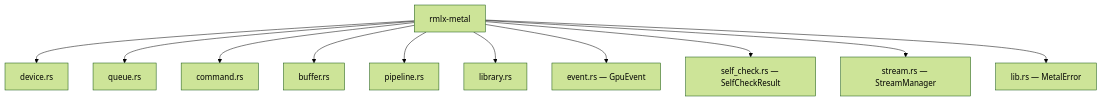
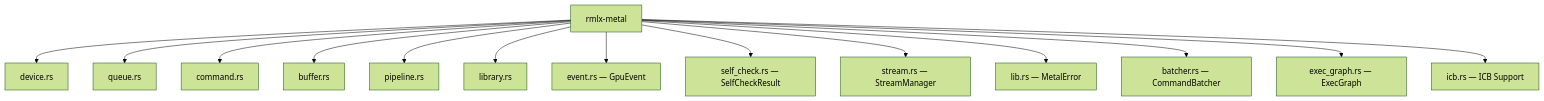
One commit to 0xDaizz/RMLX changed the first of 3 diagrams in docs/crates/rmlx-metal.md. Above: the diagram before and after it, drawn with Mermaid (forest theme). The commit also changed other lines of this file and 23 other files, not shown here.

````diff
--- a/docs/crates/rmlx-metal.md
+++ b/docs/crates/rmlx-metal.md
@@ -13,13 +13,16 @@
 ```mermaid
 graph TD
     A[rmlx-metal] --> B[device.rs]
     A --> C[queue.rs]
     A --> D[command.rs]
     A --> E[buffer.rs]
     A --> F[pipeline.rs]
     A --> G[library.rs]
     A --> H[event.rs — GpuEvent]
     A --> I[self_check.rs — SelfCheckResult]
     A --> J[stream.rs — StreamManager]
     A --> K[lib.rs — MetalError]
+    A --> L[batcher.rs — CommandBatcher]
+    A --> M[exec_graph.rs — ExecGraph]
+    A --> N[icb.rs — ICB Support]
 ```
````
